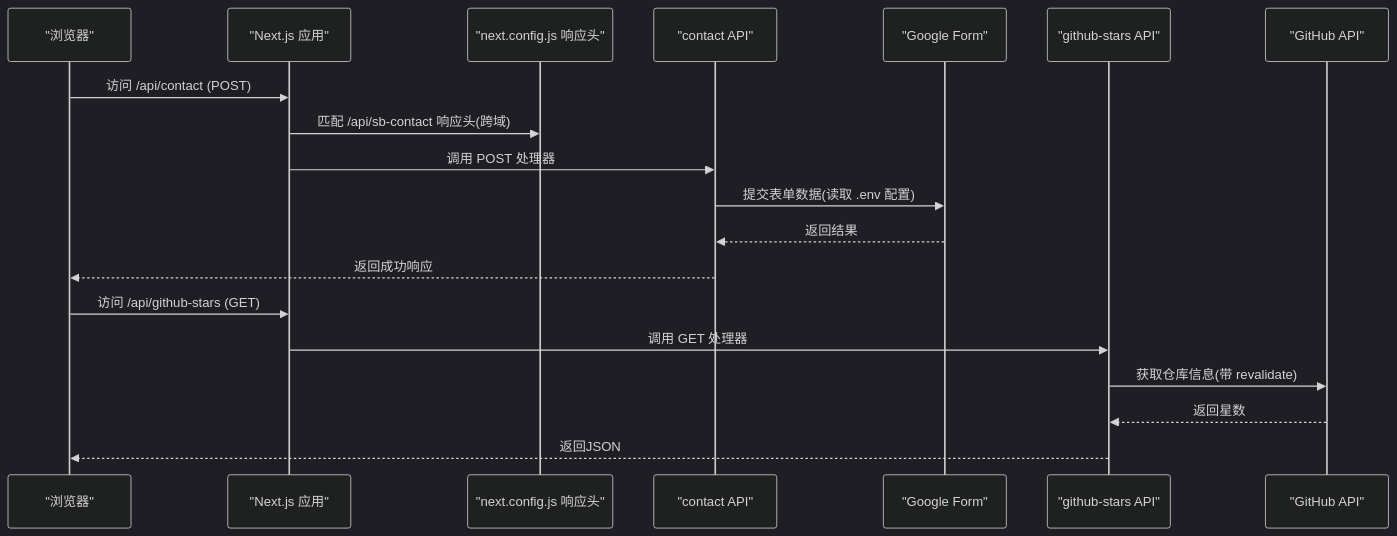
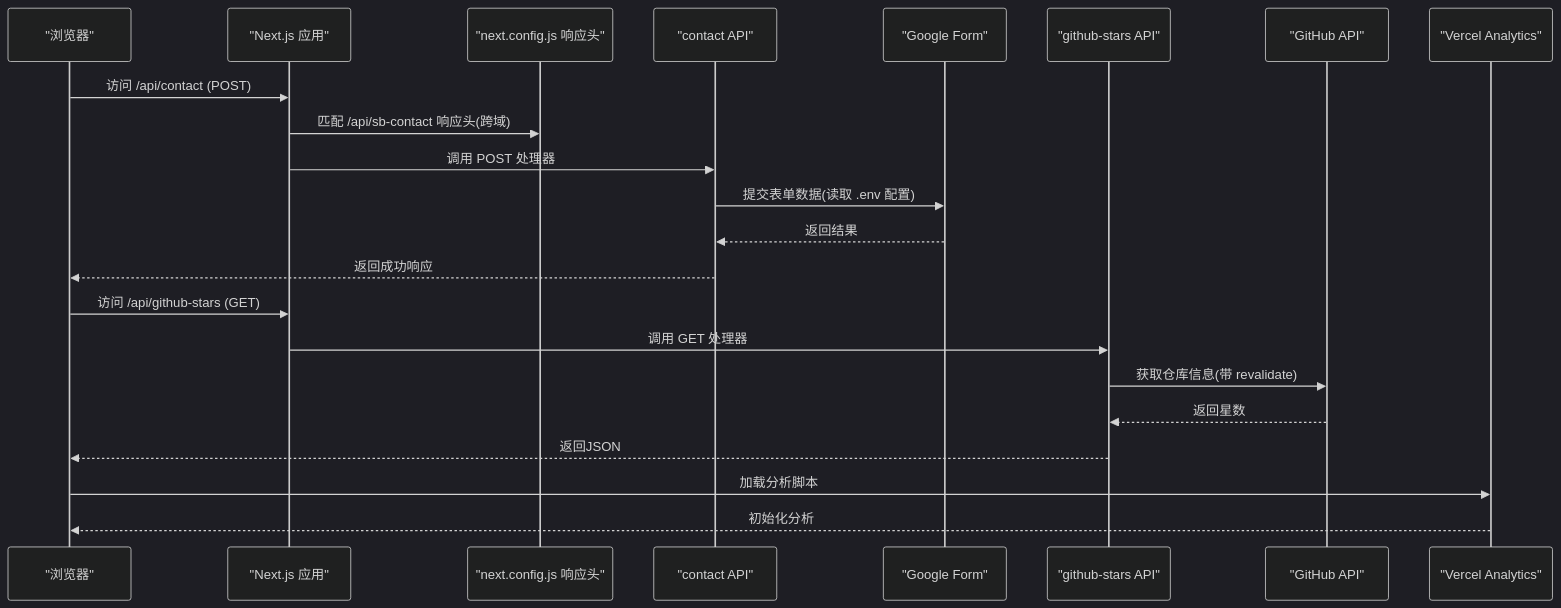
The second of 5 diagrams in .qoder/repowiki/zh/content/配置指南/构建部署配置.md (florianjsun/next-portfolio), drawn with Mermaid (dark theme) before and after one commit. The commit also changed other lines of this file and 80 other files, not shown here.

````diff
--- a/.qoder/repowiki/zh/content/配置指南/构建部署配置.md
+++ b/.qoder/repowiki/zh/content/配置指南/构建部署配置.md
@@ -92,21 +114,24 @@
 ```mermaid
 sequenceDiagram
 participant U as "浏览器"
 participant N as "Next.js 应用"
 participant H as "next.config.js 响应头"
 participant C as "contact API"
 participant G as "Google Form"
 participant S as "github-stars API"
 participant GH as "GitHub API"
+participant A as "Vercel Analytics"
 U->>N : 访问 /api/contact (POST)
 N->>H : 匹配 /api/sb-contact 响应头(跨域)
 N->>C : 调用 POST 处理器
 C->>G : 提交表单数据(读取 .env 配置)
 G-->>C : 返回结果
 C-->>U : 返回成功响应
 U->>N : 访问 /api/github-stars (GET)
 N->>S : 调用 GET 处理器
 S->>GH : 获取仓库信息(带 revalidate)
 GH-->>S : 返回星数
 S-->>U : 返回JSON
+U->>A : 加载分析脚本
+A-->>U : 初始化分析
 ```
````
